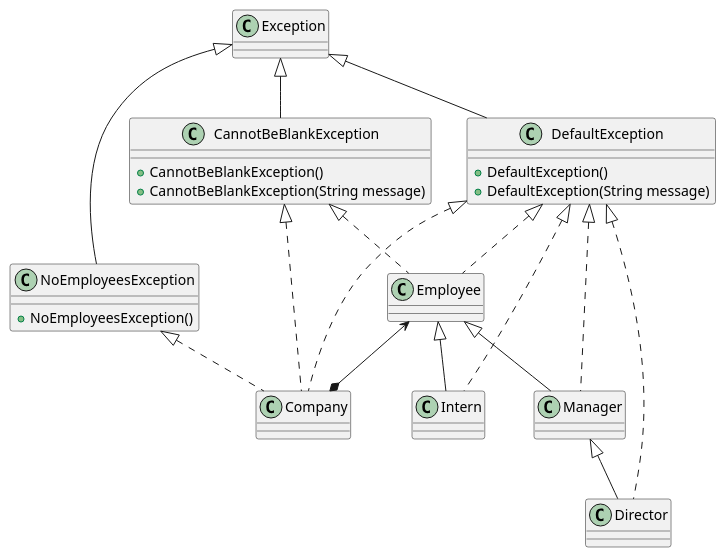
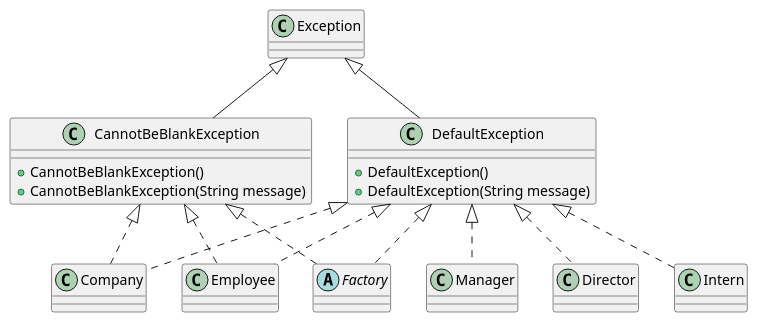
Before and after one commit to pronoooobster/Assignment-3-class-diagram: the diagram in dia_exc.puml, drawn with PlantUML. The commit also changed 1 other file, not shown here.

Commit message:
Updated diagrams

```diff
--- a/dia_exc.puml
+++ b/dia_exc.puml
@@ -1,64 +1,60 @@
 @startuml
-
-class NoEmployeesException {
-    +NoEmployeesException()
-}
 
 class DefaultException {
     +DefaultException()
     +DefaultException(String message)
 }
 
 class CannotBeBlankException {
     +CannotBeBlankException()
     +CannotBeBlankException(String message)
 }
 
 class Exception {
 
 }
 
 class Company {
 
 }
 
 class Employee {
 
 }
 
 class Manager {
 
 }
 
 class Director {
 
 }
 
 class Intern {
 
 }
 
-Exception <|-- NoEmployeesException
+abstract class Factory {
+
+}
+
 Exception <|-- DefaultException
 Exception <|-- CannotBeBlankException
 
-Employee <|-- Manager
-Employee <|-- Intern
-Manager <|-- Director
-
-Employee <--* Company
 
 CannotBeBlankException <|.. Employee
 DefaultException <|.. Employee
 
 DefaultException <|.. Intern
 
 DefaultException <|.. Manager
 
 DefaultException <|.. Director
 
 CannotBeBlankException <|.. Company
 DefaultException <|.. Company
-NoEmployeesException <|.. Company
+
+CannotBeBlankException <|.. Factory
+DefaultException <|.. Factory
 
 @enduml
```
